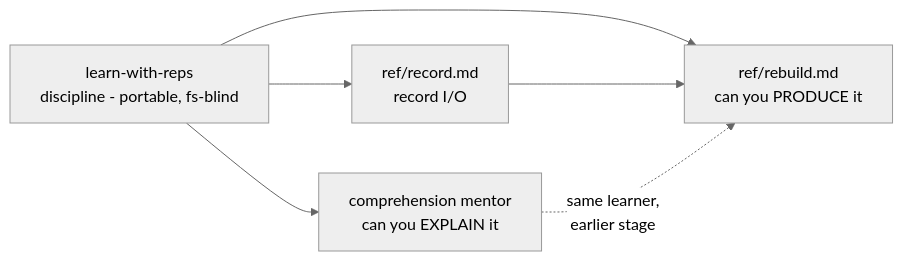
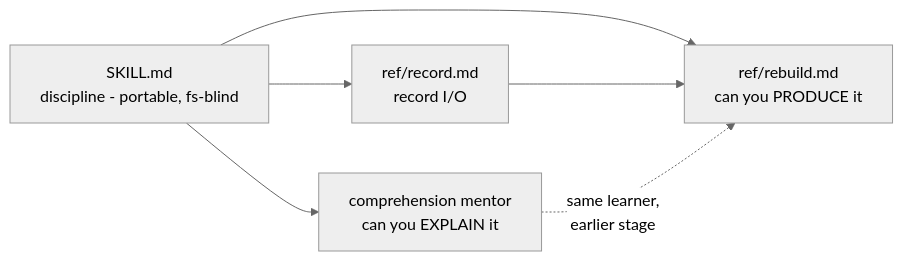
One commit to luutuankiet/learn-with-feedback-loop changed the fifth of 5 diagrams in skills/learn/ref/rebuild-design.md. Above: the diagram before and after it, drawn with Mermaid (neutral theme). The commit also changed other lines of this file and 11 other files, not shown here.

````diff
--- a/skills/learn/ref/rebuild-design.md
+++ b/skills/learn/ref/rebuild-design.md
@@ -175,12 +175,12 @@
 ```mermaid
 graph LR
-  LWR[learn-with-reps<br/>discipline - portable, fs-blind]
+  LWR[SKILL.md<br/>discipline - portable, fs-blind]
   GSD[ref/record.md<br/>record I/O]
   GRILL[comprehension mentor<br/>can you EXPLAIN it]
   RTO[ref/rebuild.md<br/>can you PRODUCE it]
   LWR --> GSD
   LWR --> GRILL
   LWR --> RTO
   GSD --> RTO
   GRILL -.same learner,<br/>earlier stage.-> RTO
 ```
````
